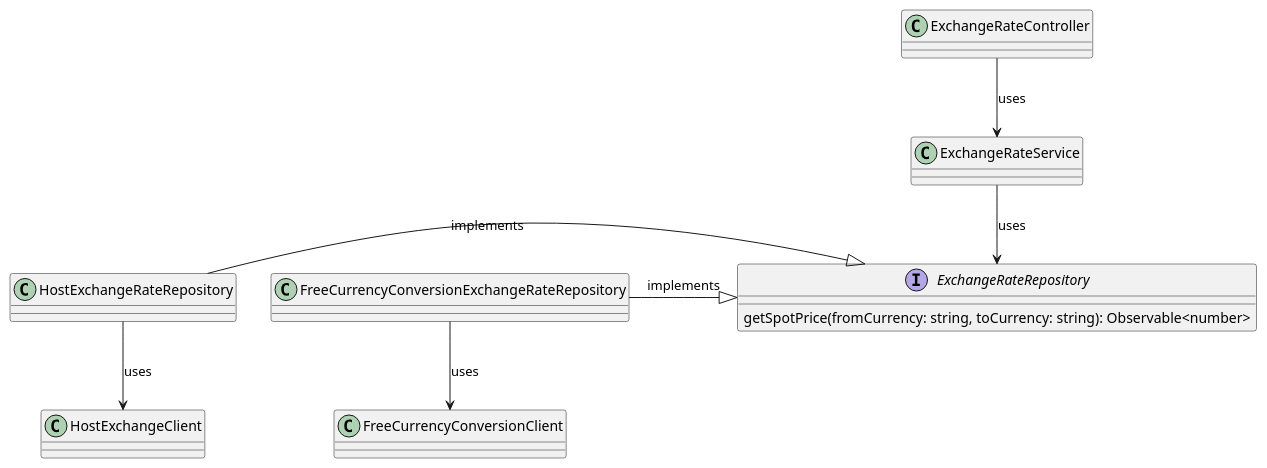
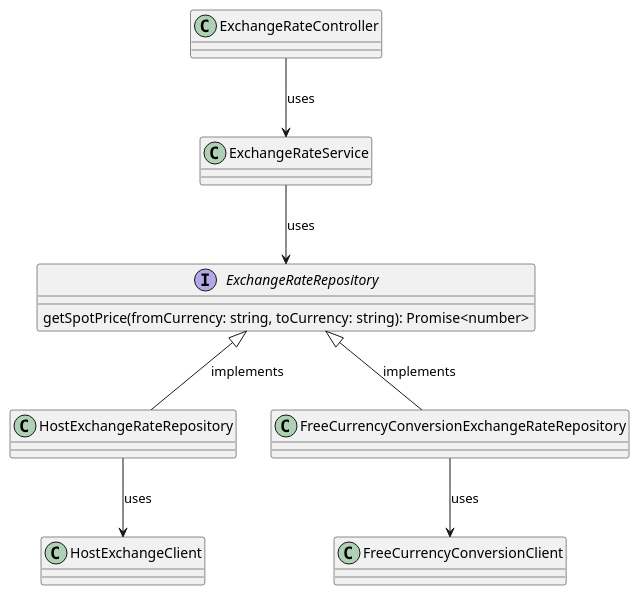
Before and after one commit to tech-leads-club/nestjs-dependency-inversion: the diagram in resource/exchange-rate-repository.puml, drawn with PlantUML. The commit also changed 4 other files, not shown here.

Commit message:
Improve readability of diagrams

```diff
--- a/resource/exchange-rate-repository.puml
+++ b/resource/exchange-rate-repository.puml
@@ -1,14 +1,16 @@
 @startuml
 
 interface ExchangeRateRepository {
-  getSpotPrice(fromCurrency: string, toCurrency: string): Observable<number>
+  getSpotPrice(fromCurrency: string, toCurrency: string): Promise<number>
 }
 
 ExchangeRateController --> ExchangeRateService: uses
 ExchangeRateService --> ExchangeRateRepository: uses
-HostExchangeRateRepository -|> ExchangeRateRepository: implements
+
+ExchangeRateRepository <|-- HostExchangeRateRepository: implements
 HostExchangeRateRepository --> HostExchangeClient: uses
-FreeCurrencyConversionExchangeRateRepository -|> ExchangeRateRepository: implements
+
+ExchangeRateRepository <|-- FreeCurrencyConversionExchangeRateRepository: implements
 FreeCurrencyConversionExchangeRateRepository --> FreeCurrencyConversionClient: uses
 
 @enduml
```
